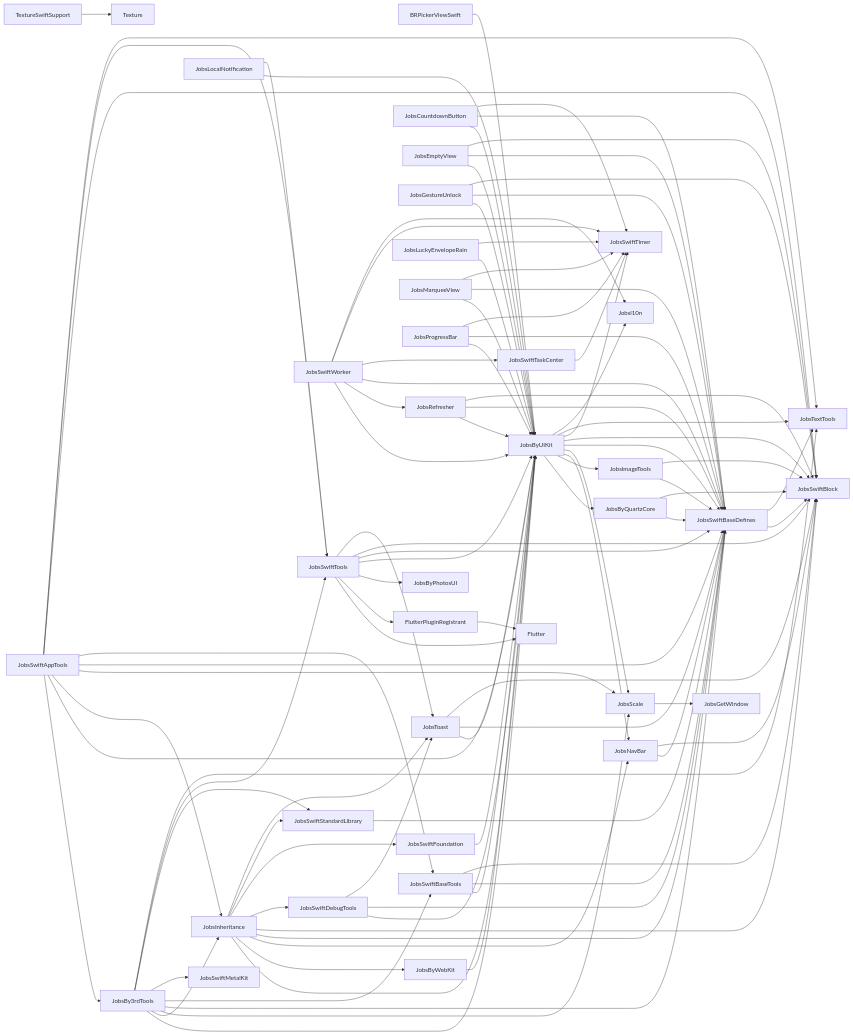
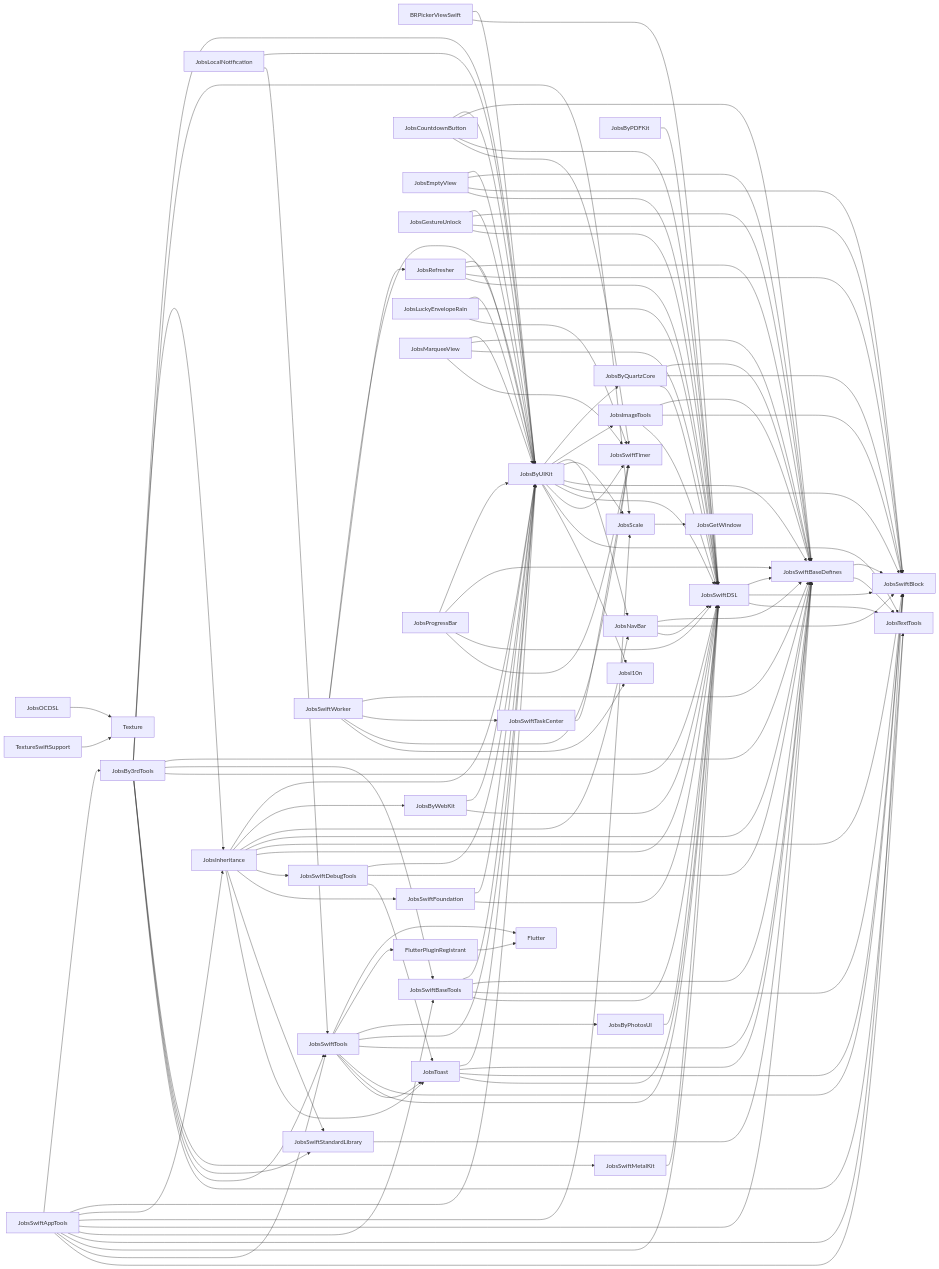
Before and after one commit to JobsKits/JobsSwiftBaseConfigDemo: the diagram in PodspecDependencyReport/PodspecDependencies_internal.mmd, drawn with Mermaid. The commit also changed 569 other files, not shown here.

```diff
--- a/PodspecDependencyReport/PodspecDependencies_internal.mmd
+++ b/PodspecDependencyReport/PodspecDependencies_internal.mmd
@@ -1,97 +1,124 @@
 flowchart LR
   Nd4b3dbc3878b["BRPickerViewSwift"] --> N32038075ad22["JobsByUIKit"]
+  Nd4b3dbc3878b["BRPickerViewSwift"] --> Nbd4d8031c54b["JobsSwiftDSL"]
   N14747c15d95a["FlutterPluginRegistrant"] --> Nc047b10eee76["Flutter"]
   Nfe1ff997a5d3["JobsBy3rdTools"] --> N32038075ad22["JobsByUIKit"]
   Nfe1ff997a5d3["JobsBy3rdTools"] --> N7a9c7bee01af["JobsInheritance"]
   Nfe1ff997a5d3["JobsBy3rdTools"] --> Nc605e6b5421d["JobsScale"]
   Nfe1ff997a5d3["JobsBy3rdTools"] --> N8dbe54185e82["JobsSwiftBaseDefines"]
   Nfe1ff997a5d3["JobsBy3rdTools"] --> N5c1ec45910c6["JobsSwiftBaseTools"]
+  Nfe1ff997a5d3["JobsBy3rdTools"] --> Nbd4d8031c54b["JobsSwiftDSL"]
   Nfe1ff997a5d3["JobsBy3rdTools"] --> N9ab5a04190d8["JobsSwiftMetalKit"]
   Nfe1ff997a5d3["JobsBy3rdTools"] --> N8f1bbfe879cc["JobsSwiftStandardLibrary"]
   Nfe1ff997a5d3["JobsBy3rdTools"] --> Na568a595b2c6["JobsSwiftTools"]
   Nfe1ff997a5d3["JobsBy3rdTools"] --> Nfc90a51d0828["JobsTextTools"]
+  Nf7efbfe37151["JobsByPDFKit"] --> Nbd4d8031c54b["JobsSwiftDSL"]
+  Nca216f1c5269["JobsByPhotosUI"] --> Nbd4d8031c54b["JobsSwiftDSL"]
   Nc743e46b146a["JobsByQuartzCore"] --> N8dbe54185e82["JobsSwiftBaseDefines"]
   Nc743e46b146a["JobsByQuartzCore"] --> Nc7567108c45a["JobsSwiftBlock"]
+  Nc743e46b146a["JobsByQuartzCore"] --> Nbd4d8031c54b["JobsSwiftDSL"]
   N32038075ad22["JobsByUIKit"] --> Nc743e46b146a["JobsByQuartzCore"]
   N32038075ad22["JobsByUIKit"] --> N6dbcbd6c076c["JobsImageTools"]
   N32038075ad22["JobsByUIKit"] --> Nd9dbfc611984["JobsNavBar"]
   N32038075ad22["JobsByUIKit"] --> Nc605e6b5421d["JobsScale"]
   N32038075ad22["JobsByUIKit"] --> N8dbe54185e82["JobsSwiftBaseDefines"]
   N32038075ad22["JobsByUIKit"] --> Nc7567108c45a["JobsSwiftBlock"]
+  N32038075ad22["JobsByUIKit"] --> Nbd4d8031c54b["JobsSwiftDSL"]
   N32038075ad22["JobsByUIKit"] --> Nfd94adb51598["JobsSwiftTimer"]
   N32038075ad22["JobsByUIKit"] --> Nfc90a51d0828["JobsTextTools"]
   N32038075ad22["JobsByUIKit"] --> N9dff37c8d77e["Jobsl10n"]
   N1f955db97679["JobsByWebKit"] --> N32038075ad22["JobsByUIKit"]
+  N1f955db97679["JobsByWebKit"] --> Nbd4d8031c54b["JobsSwiftDSL"]
   N8a2865d24b8e["JobsCountdownButton"] --> N32038075ad22["JobsByUIKit"]
   N8a2865d24b8e["JobsCountdownButton"] --> N8dbe54185e82["JobsSwiftBaseDefines"]
+  N8a2865d24b8e["JobsCountdownButton"] --> Nbd4d8031c54b["JobsSwiftDSL"]
   N8a2865d24b8e["JobsCountdownButton"] --> Nfd94adb51598["JobsSwiftTimer"]
   Nb2853a7530c8["JobsEmptyView"] --> N32038075ad22["JobsByUIKit"]
   Nb2853a7530c8["JobsEmptyView"] --> N8dbe54185e82["JobsSwiftBaseDefines"]
   Nb2853a7530c8["JobsEmptyView"] --> Nc7567108c45a["JobsSwiftBlock"]
+  Nb2853a7530c8["JobsEmptyView"] --> Nbd4d8031c54b["JobsSwiftDSL"]
   N8ce46417a954["JobsGestureUnlock"] --> N32038075ad22["JobsByUIKit"]
   N8ce46417a954["JobsGestureUnlock"] --> N8dbe54185e82["JobsSwiftBaseDefines"]
   N8ce46417a954["JobsGestureUnlock"] --> Nc7567108c45a["JobsSwiftBlock"]
+  N8ce46417a954["JobsGestureUnlock"] --> Nbd4d8031c54b["JobsSwiftDSL"]
   N6dbcbd6c076c["JobsImageTools"] --> N8dbe54185e82["JobsSwiftBaseDefines"]
   N6dbcbd6c076c["JobsImageTools"] --> Nc7567108c45a["JobsSwiftBlock"]
+  N6dbcbd6c076c["JobsImageTools"] --> Nbd4d8031c54b["JobsSwiftDSL"]
   N7a9c7bee01af["JobsInheritance"] --> N32038075ad22["JobsByUIKit"]
   N7a9c7bee01af["JobsInheritance"] --> N1f955db97679["JobsByWebKit"]
   N7a9c7bee01af["JobsInheritance"] --> Nd9dbfc611984["JobsNavBar"]
   N7a9c7bee01af["JobsInheritance"] --> N8dbe54185e82["JobsSwiftBaseDefines"]
   N7a9c7bee01af["JobsInheritance"] --> Nc7567108c45a["JobsSwiftBlock"]
+  N7a9c7bee01af["JobsInheritance"] --> Nbd4d8031c54b["JobsSwiftDSL"]
   N7a9c7bee01af["JobsInheritance"] --> N807eaeffe5a4["JobsSwiftDebugTools"]
   N7a9c7bee01af["JobsInheritance"] --> N37fa4b9e4579["JobsSwiftFoundation"]
   N7a9c7bee01af["JobsInheritance"] --> N8f1bbfe879cc["JobsSwiftStandardLibrary"]
   N7a9c7bee01af["JobsInheritance"] --> N9817f6c3f4e6["JobsToast"]
   N21756f8f29e8["JobsLocalNotification"] --> N32038075ad22["JobsByUIKit"]
   N21756f8f29e8["JobsLocalNotification"] --> Na568a595b2c6["JobsSwiftTools"]
   N899875e07d1b["JobsLuckyEnvelopeRain"] --> N32038075ad22["JobsByUIKit"]
+  N899875e07d1b["JobsLuckyEnvelopeRain"] --> Nbd4d8031c54b["JobsSwiftDSL"]
   N899875e07d1b["JobsLuckyEnvelopeRain"] --> Nfd94adb51598["JobsSwiftTimer"]
   N9e7dc84491e8["JobsMarqueeView"] --> N32038075ad22["JobsByUIKit"]
   N9e7dc84491e8["JobsMarqueeView"] --> N8dbe54185e82["JobsSwiftBaseDefines"]
+  N9e7dc84491e8["JobsMarqueeView"] --> Nbd4d8031c54b["JobsSwiftDSL"]
   N9e7dc84491e8["JobsMarqueeView"] --> Nfd94adb51598["JobsSwiftTimer"]
   Nd9dbfc611984["JobsNavBar"] --> N8dbe54185e82["JobsSwiftBaseDefines"]
   Nd9dbfc611984["JobsNavBar"] --> Nc7567108c45a["JobsSwiftBlock"]
+  Nd9dbfc611984["JobsNavBar"] --> Nbd4d8031c54b["JobsSwiftDSL"]
+  N018c2243ba9d["JobsOCDSL"] --> Na3e8ae43188a["Texture"]
   Na62a2c62f899["JobsProgressBar"] --> N32038075ad22["JobsByUIKit"]
   Na62a2c62f899["JobsProgressBar"] --> N8dbe54185e82["JobsSwiftBaseDefines"]
+  Na62a2c62f899["JobsProgressBar"] --> Nbd4d8031c54b["JobsSwiftDSL"]
   Na62a2c62f899["JobsProgressBar"] --> Nfd94adb51598["JobsSwiftTimer"]
   N4f19e371e55e["JobsRefresher"] --> N32038075ad22["JobsByUIKit"]
   N4f19e371e55e["JobsRefresher"] --> N8dbe54185e82["JobsSwiftBaseDefines"]
   N4f19e371e55e["JobsRefresher"] --> Nc7567108c45a["JobsSwiftBlock"]
+  N4f19e371e55e["JobsRefresher"] --> Nbd4d8031c54b["JobsSwiftDSL"]
   Nc605e6b5421d["JobsScale"] --> N10ee0e68a559["JobsGetWindow"]
   N7203a303dc13["JobsSwiftAppTools"] --> Nfe1ff997a5d3["JobsBy3rdTools"]
   N7203a303dc13["JobsSwiftAppTools"] --> N32038075ad22["JobsByUIKit"]
   N7203a303dc13["JobsSwiftAppTools"] --> N7a9c7bee01af["JobsInheritance"]
   N7203a303dc13["JobsSwiftAppTools"] --> Nc605e6b5421d["JobsScale"]
   N7203a303dc13["JobsSwiftAppTools"] --> N8dbe54185e82["JobsSwiftBaseDefines"]
   N7203a303dc13["JobsSwiftAppTools"] --> N5c1ec45910c6["JobsSwiftBaseTools"]
   N7203a303dc13["JobsSwiftAppTools"] --> Nc7567108c45a["JobsSwiftBlock"]
+  N7203a303dc13["JobsSwiftAppTools"] --> Nbd4d8031c54b["JobsSwiftDSL"]
   N7203a303dc13["JobsSwiftAppTools"] --> Na568a595b2c6["JobsSwiftTools"]
   N7203a303dc13["JobsSwiftAppTools"] --> Nfc90a51d0828["JobsTextTools"]
   N8dbe54185e82["JobsSwiftBaseDefines"] --> Nc7567108c45a["JobsSwiftBlock"]
   N8dbe54185e82["JobsSwiftBaseDefines"] --> Nfc90a51d0828["JobsTextTools"]
   N5c1ec45910c6["JobsSwiftBaseTools"] --> N32038075ad22["JobsByUIKit"]
   N5c1ec45910c6["JobsSwiftBaseTools"] --> N8dbe54185e82["JobsSwiftBaseDefines"]
   N5c1ec45910c6["JobsSwiftBaseTools"] --> Nc7567108c45a["JobsSwiftBlock"]
+  N5c1ec45910c6["JobsSwiftBaseTools"] --> Nbd4d8031c54b["JobsSwiftDSL"]
+  Nbd4d8031c54b["JobsSwiftDSL"] --> N8dbe54185e82["JobsSwiftBaseDefines"]
+  Nbd4d8031c54b["JobsSwiftDSL"] --> Nc7567108c45a["JobsSwiftBlock"]
+  Nbd4d8031c54b["JobsSwiftDSL"] --> Nfc90a51d0828["JobsTextTools"]
   N807eaeffe5a4["JobsSwiftDebugTools"] --> N32038075ad22["JobsByUIKit"]
   N807eaeffe5a4["JobsSwiftDebugTools"] --> N8dbe54185e82["JobsSwiftBaseDefines"]
   N807eaeffe5a4["JobsSwiftDebugTools"] --> N9817f6c3f4e6["JobsToast"]
   N37fa4b9e4579["JobsSwiftFoundation"] --> N32038075ad22["JobsByUIKit"]
+  N37fa4b9e4579["JobsSwiftFoundation"] --> Nbd4d8031c54b["JobsSwiftDSL"]
+  N9ab5a04190d8["JobsSwiftMetalKit"] --> Nbd4d8031c54b["JobsSwiftDSL"]
   N8f1bbfe879cc["JobsSwiftStandardLibrary"] --> N8dbe54185e82["JobsSwiftBaseDefines"]
   Naf3906ede4aa["JobsSwiftTaskCenter"] --> Nfd94adb51598["JobsSwiftTimer"]
   Na568a595b2c6["JobsSwiftTools"] --> Nc047b10eee76["Flutter"]
   Na568a595b2c6["JobsSwiftTools"] --> N14747c15d95a["FlutterPluginRegistrant"]
   Na568a595b2c6["JobsSwiftTools"] --> Nca216f1c5269["JobsByPhotosUI"]
   Na568a595b2c6["JobsSwiftTools"] --> N32038075ad22["JobsByUIKit"]
   Na568a595b2c6["JobsSwiftTools"] --> N8dbe54185e82["JobsSwiftBaseDefines"]
   Na568a595b2c6["JobsSwiftTools"] --> Nc7567108c45a["JobsSwiftBlock"]
+  Na568a595b2c6["JobsSwiftTools"] --> Nbd4d8031c54b["JobsSwiftDSL"]
   Na568a595b2c6["JobsSwiftTools"] --> N9817f6c3f4e6["JobsToast"]
   N2f0325b518dd["JobsSwiftWorker"] --> N32038075ad22["JobsByUIKit"]
   N2f0325b518dd["JobsSwiftWorker"] --> N4f19e371e55e["JobsRefresher"]
   N2f0325b518dd["JobsSwiftWorker"] --> N8dbe54185e82["JobsSwiftBaseDefines"]
   N2f0325b518dd["JobsSwiftWorker"] --> Naf3906ede4aa["JobsSwiftTaskCenter"]
   N2f0325b518dd["JobsSwiftWorker"] --> Nfd94adb51598["JobsSwiftTimer"]
   N2f0325b518dd["JobsSwiftWorker"] --> N9dff37c8d77e["Jobsl10n"]
   N9817f6c3f4e6["JobsToast"] --> N32038075ad22["JobsByUIKit"]
   N9817f6c3f4e6["JobsToast"] --> N8dbe54185e82["JobsSwiftBaseDefines"]
   N9817f6c3f4e6["JobsToast"] --> Nc7567108c45a["JobsSwiftBlock"]
+  N9817f6c3f4e6["JobsToast"] --> Nbd4d8031c54b["JobsSwiftDSL"]
   N4b8597aa9c62["TextureSwiftSupport"] --> Na3e8ae43188a["Texture"]
```
